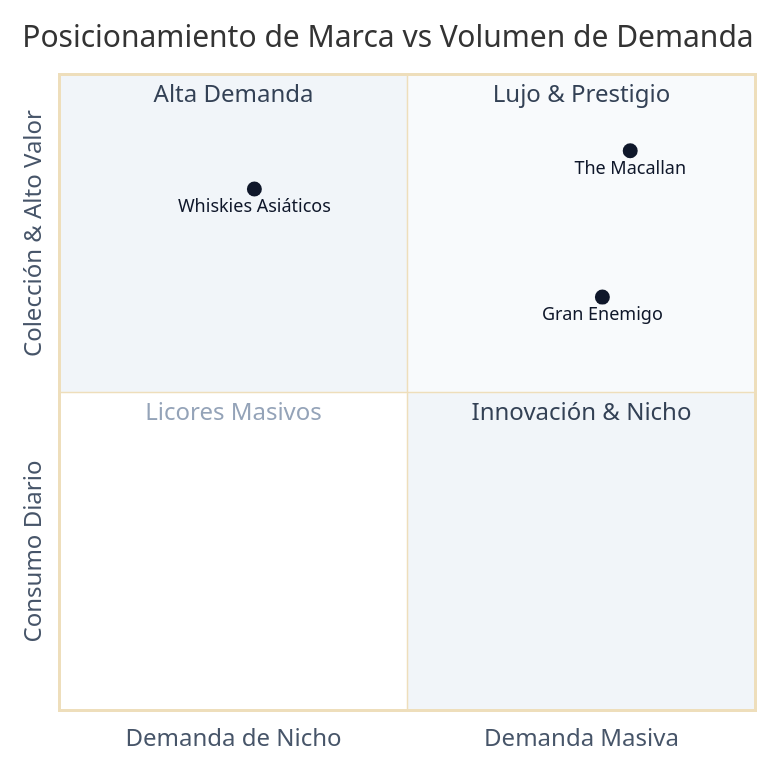
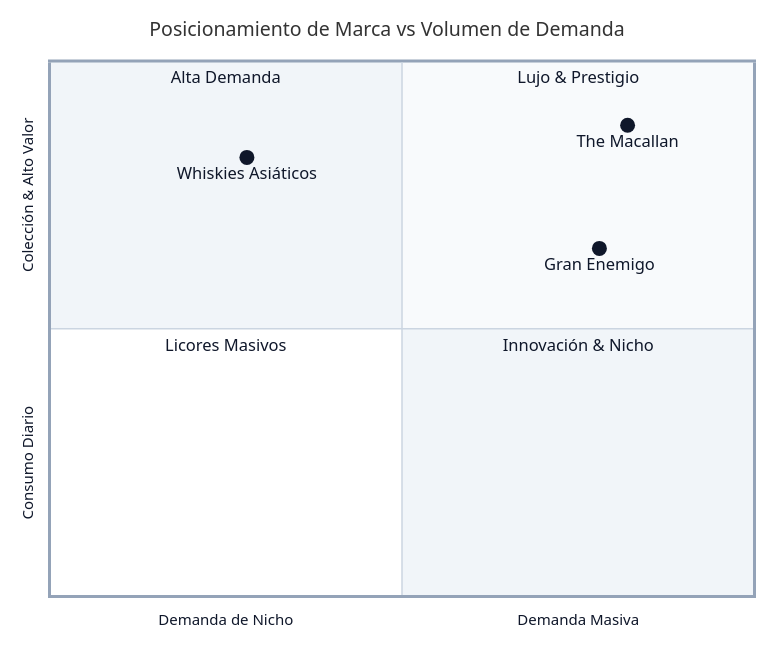
The sixth of 8 diagrams in releases/drinklovers/PROPUESTA_MES_1_META_ADS.md (jsrxar77/mo-baseline), drawn with Mermaid before and after one commit. The commit also changed other lines of this file, not shown here.

Commit message:
style(drinklovers): harmonize all mermaid diagrams with soft gray palette, black text, compact quadrant font and scaled gantt dates

````diff
--- a/releases/drinklovers/PROPUESTA_MES_1_META_ADS.md
+++ b/releases/drinklovers/PROPUESTA_MES_1_META_ADS.md
@@ -183,30 +256,42 @@
 ```mermaid
 %%{init: {
   'theme': 'base',
+  'quadrantChart': {
+    'chartWidth': 500,
+    'chartHeight': 420,
+    'titleFontSize': 13,
+    'quadrantLabelFontSize': 11,
+    'xAxisLabelFontSize': 10,
+    'yAxisLabelFontSize': 10,
+    'pointLabelFontSize': 11
+  },
   'themeVariables': {
     'quadrant1Fill': '#F8FAFC',
     'quadrant2Fill': '#F1F5F9',
     'quadrant3Fill': '#FFFFFF',
     'quadrant4Fill': '#F1F5F9',
-    'quadrant1TextFill': '#334155',
-    'quadrant2TextFill': '#334155',
-    'quadrant3TextFill': '#94A3B8',
-    'quadrant4TextFill': '#334155',
+    'quadrant1TextFill': '#0F172A',
+    'quadrant2TextFill': '#0F172A',
+    'quadrant3TextFill': '#0F172A',
+    'quadrant4TextFill': '#0F172A',
     'quadrantPointFill': '#0F172A',
     'quadrantPointTextFill': '#0F172A',
-    'quadrantXAxisTextFill': '#475569',
-    'quadrantYAxisTextFill': '#475569'
-  }
+    'quadrantXAxisTextFill': '#0F172A',
+    'quadrantYAxisTextFill': '#0F172A',
+    'quadrantInternalBorderStrokeFill': '#CBD5E1',
+    'quadrantExternalBorderStrokeFill': '#94A3B8'
+  },
+  'themeCSS': 'text { font-size: 11px !important; fill: #0F172A !important; font-family: system-ui, -apple-system, sans-serif !important; } .quadrant-label { font-size: 11px !important; fill: #0F172A !important; font-weight: 600; } .quadrant-title { font-size: 13px !important; fill: #0F172A !important; font-weight: bold; }'
 }}%%
 quadrantChart
     title Posicionamiento de Marca vs Volumen de Demanda
     x-axis "Demanda de Nicho" --> "Demanda Masiva"
     y-axis "Consumo Diario" --> "Colección & Alto Valor"
     quadrant-1 "Lujo & Prestigio"
     quadrant-2 "Alta Demanda"
     quadrant-3 "Licores Masivos"
     quadrant-4 "Innovación & Nicho"
     "The Macallan": [0.82, 0.88]
     "Gran Enemigo": [0.78, 0.65]
     "Whiskies Asiáticos": [0.28, 0.82]
 ```
````
